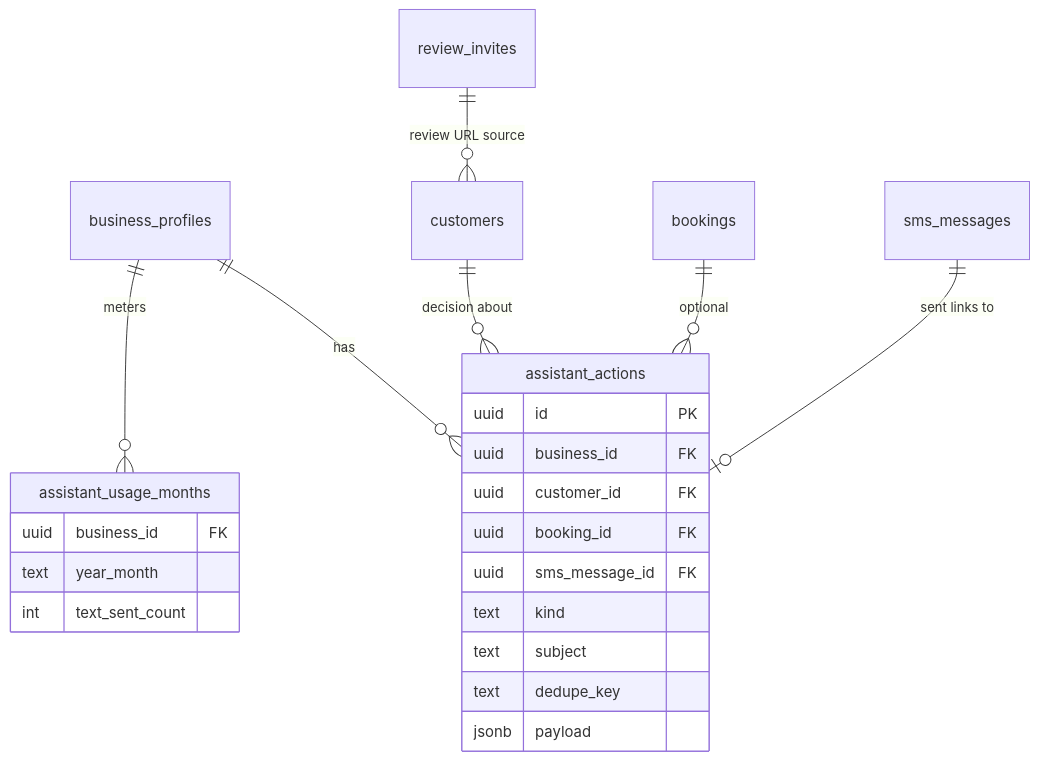
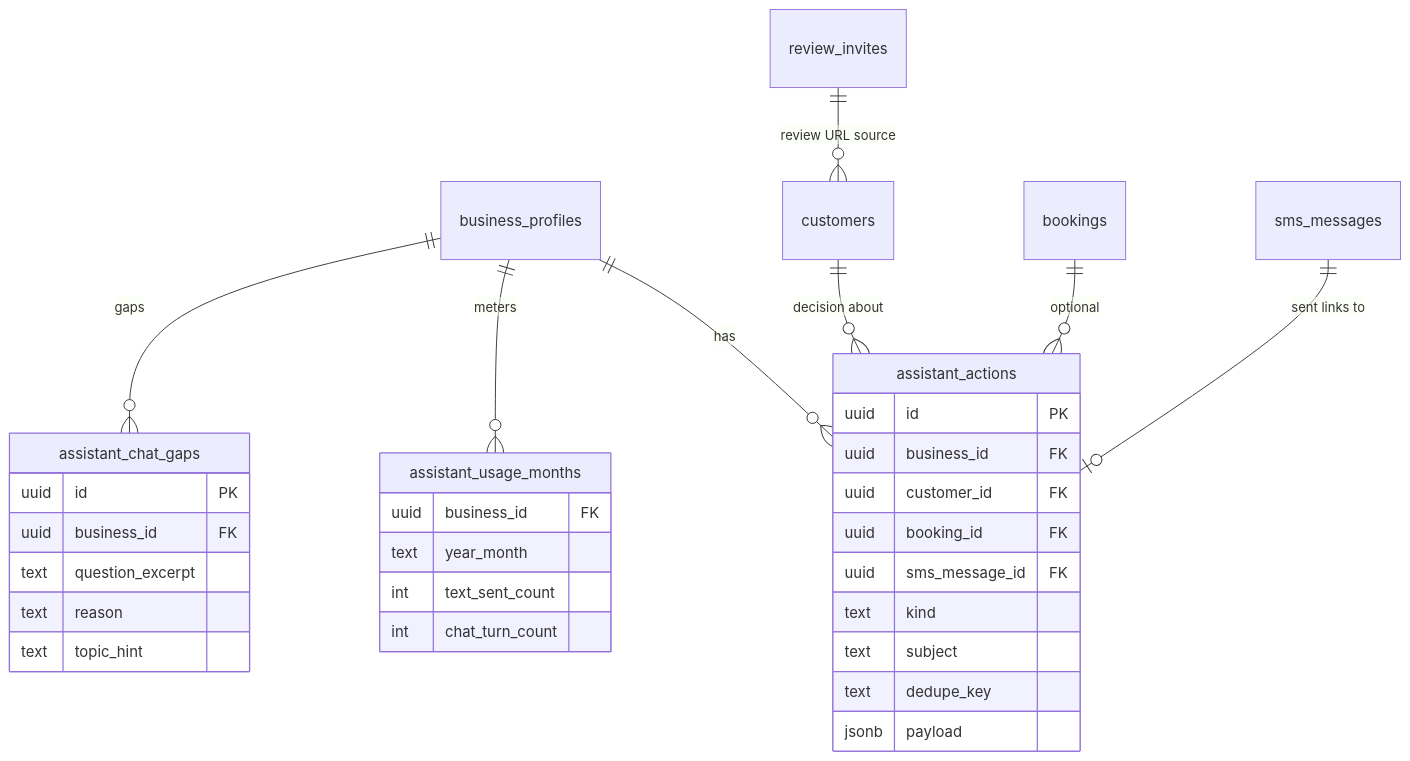
One commit to jsanch387/servicelink changed the diagram in src/features/assistant/docs/DATABASE.md. Above: the diagram before and after it, drawn with Mermaid. The commit also changed other lines of this file and 66 other files, not shown here.

````diff
--- a/src/features/assistant/docs/DATABASE.md
+++ b/src/features/assistant/docs/DATABASE.md
@@ -26,27 +30,37 @@
 ```mermaid
 erDiagram
   business_profiles ||--o{ assistant_actions : has
   business_profiles ||--o{ assistant_usage_months : meters
+  business_profiles ||--o{ assistant_chat_gaps : gaps
   customers ||--o{ assistant_actions : "decision about"
   bookings ||--o{ assistant_actions : optional
   sms_messages ||--o| assistant_actions : "sent links to"
   review_invites ||--o{ customers : "review URL source"
 
   assistant_actions {
     uuid id PK
     uuid business_id FK
     uuid customer_id FK
     uuid booking_id FK
     uuid sms_message_id FK
     text kind
     text subject
     text dedupe_key
     jsonb payload
   }
 
   assistant_usage_months {
     uuid business_id FK
     text year_month
     int text_sent_count
+    int chat_turn_count
+  }
+
+  assistant_chat_gaps {
+    uuid id PK
+    uuid business_id FK
+    text question_excerpt
+    text reason
+    text topic_hint
   }
 ```
````
